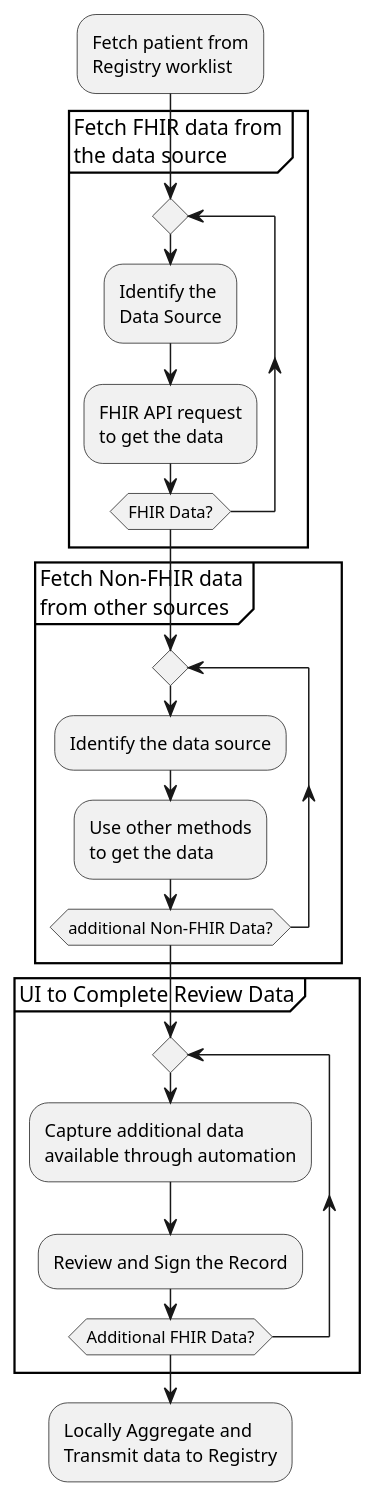
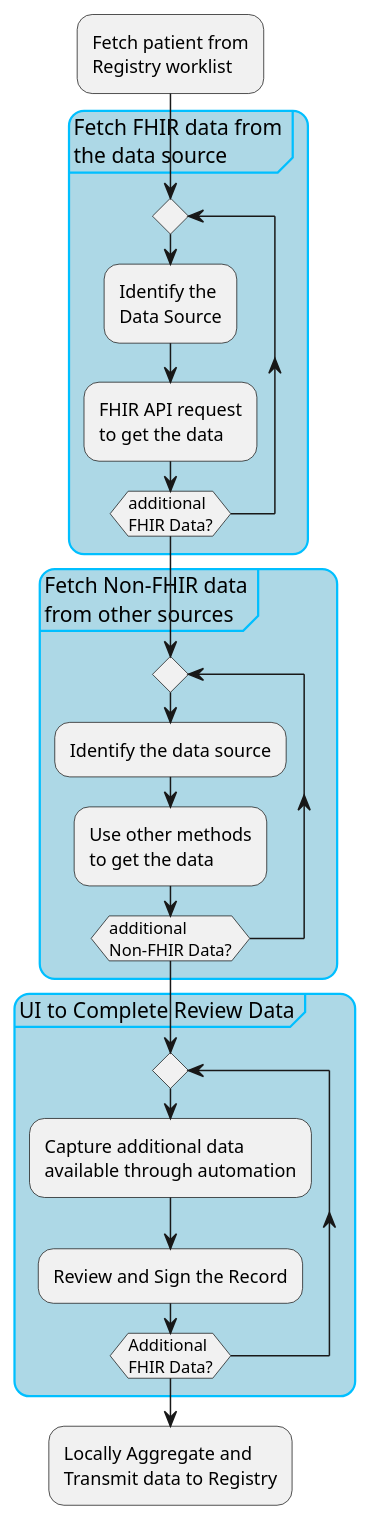
Before and after one commit to HL7/fhir-registry-protocols-ig: the diagram in input/images-source/workflow.plantuml, drawn with PlantUML.

Commit message:
FHIR-40855

```diff
--- a/input/images-source/workflow.plantuml
+++ b/input/images-source/workflow.plantuml
@@ -1,25 +1,44 @@
 @startuml
+skinparam activityDiagram  {
+backgroundColor DeepSkyBlue
+BorderColor DarkSlateGray
+ArrowColor Blue
+}
+
+skinparam Note {
+BackgroundColor LightBlue
+BorderColor Blue
+}
+
+skinparam roundcorner 20
+
+skinparam partition {
+FontName Arial
+Style awesome
+BorderColor DeepSkyBlue
+BackgroundColor LightBlue
+}
 :Fetch patient from\nRegistry worklist;
 partition "Fetch FHIR data from\nthe data source" {
     repeat
     :Identify the\nData Source;
     :FHIR API request\nto get the data;
-    repeat while (FHIR Data?)
+    repeat while (additional\nFHIR Data?)
 }
 
 partition "Fetch Non-FHIR data\nfrom other sources" {
     repeat
     :Identify the data source;
     :Use other methods\nto get the data;
-    repeat while (additional Non-FHIR Data?)
+    repeat while (additional\nNon-FHIR Data?)
 }
 
 partition "UI to Complete Review Data" {
     repeat
     :Capture additional data\navailable through automation;
     :Review and Sign the Record;
-    repeat while (Additional FHIR Data?)
+    repeat while (Additional\nFHIR Data?)
 }
 
 :Locally Aggregate and\nTransmit data to Registry;
 @enduml
```
